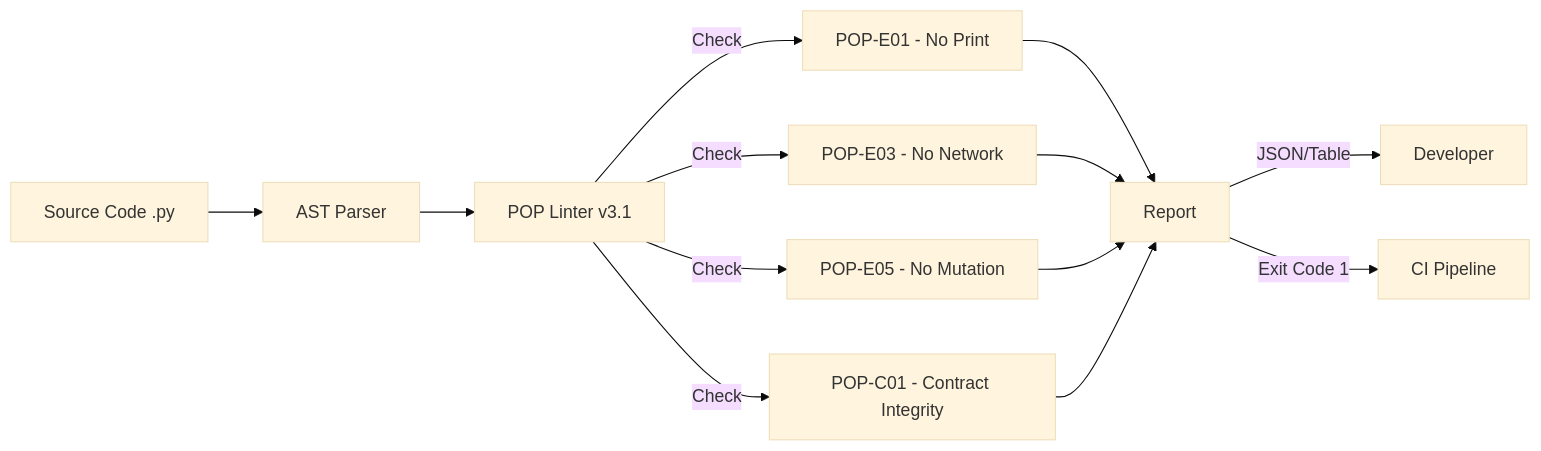
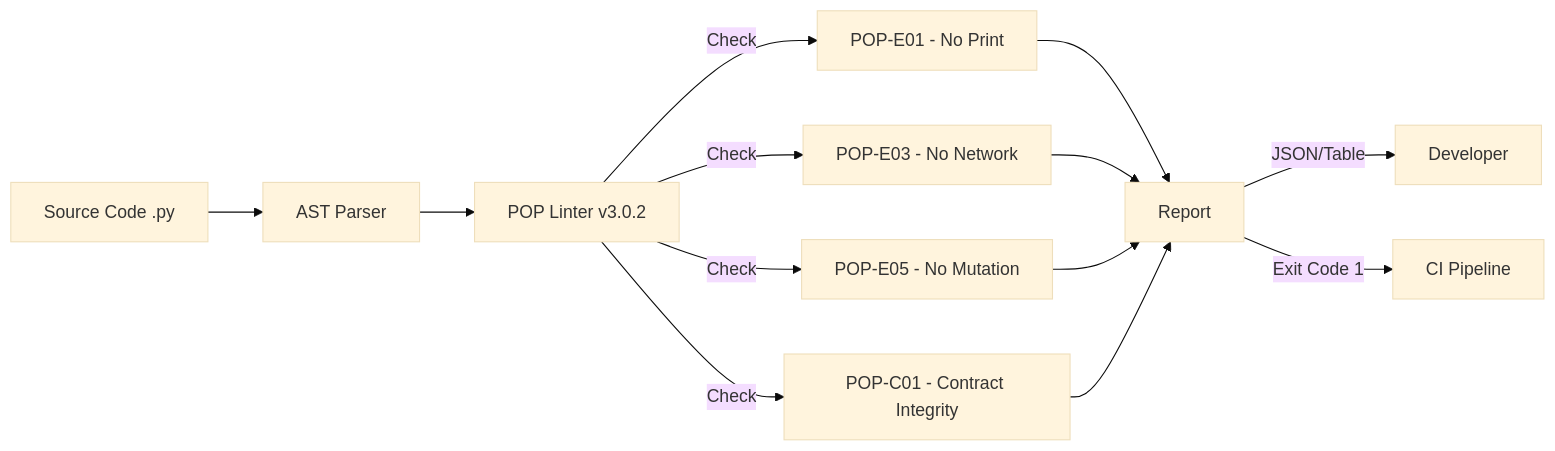
The fourth of 4 diagrams in theus_framework/Documents/Architecture/04_Archive/theus_v3_0_2_architecture.md (dohuyhoang93/emotional-agent), drawn with Mermaid (base theme) before and after one commit. The commit also changed other lines of this file and 39 other files, not shown here.

````diff
--- a/theus_framework/Documents/Architecture/04_Archive/theus_v3_0_2_architecture.md
+++ b/theus_framework/Documents/Architecture/04_Archive/theus_v3_0_2_architecture.md
@@ -127,18 +133,18 @@
 ```mermaid
 graph LR
     Code[Source Code .py] --> AST[AST Parser]
-    AST --> Linter[POP Linter v3.1]
+    AST --> Linter[POP Linter v3.0.2]
     
     Linter -->|Check| Rule1[POP-E01 - No Print]
     Linter -->|Check| Rule2[POP-E03 - No Network]
     Linter -->|Check| Rule3[POP-E05 - No Mutation]
     Linter -->|Check| Rule4[POP-C01 - Contract Integrity]
     
     Rule1 --> Report
     Rule2 --> Report
     Rule3 --> Report
     Rule4 --> Report
     
     Report -->|JSON/Table| Developer
     Report -->|Exit Code 1| CI_CD["CI Pipeline"]
 ```
````
